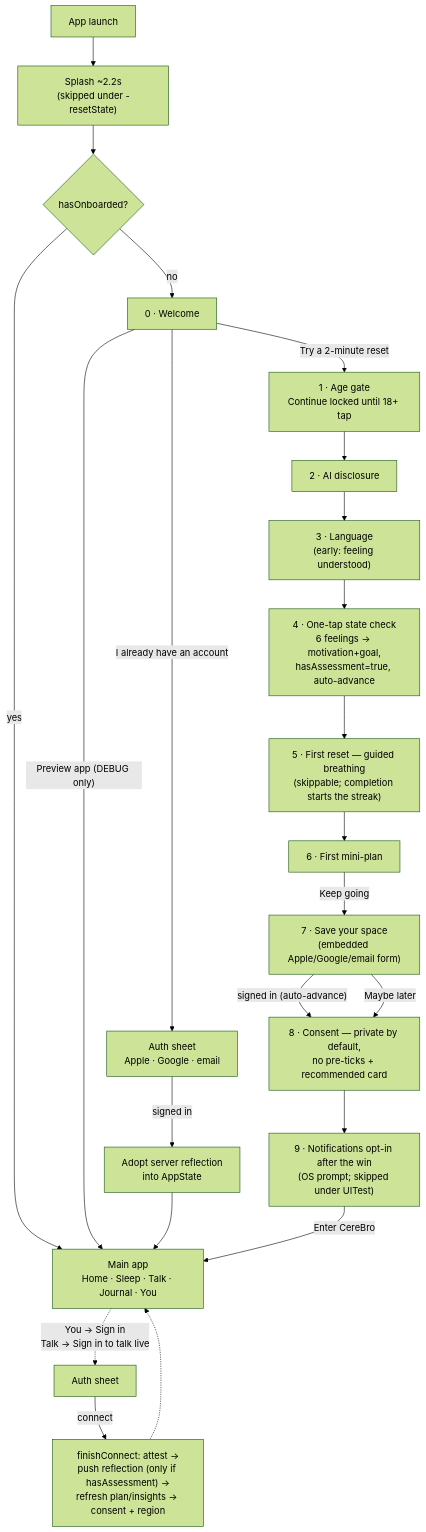
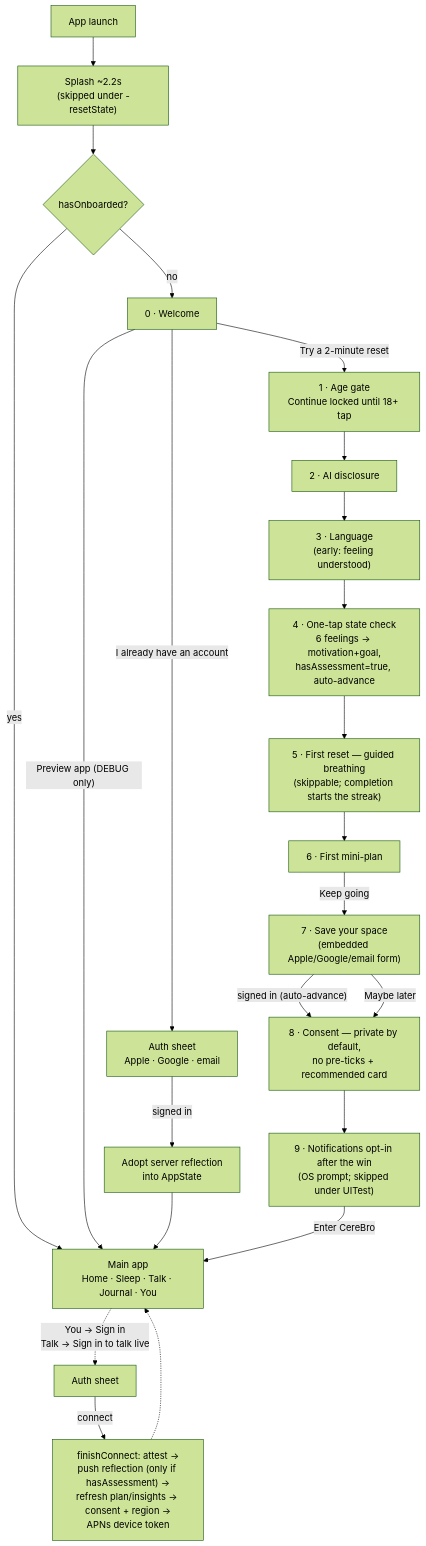
Before and after one commit to pawan084/cerebrozen: the diagram in docs/ARCHITECTURE.md, drawn with Mermaid (forest theme). The commit also changed other lines of this file and 23 other files, not shown here.

````diff
--- a/docs/ARCHITECTURE.md
+++ b/docs/ARCHITECTURE.md
@@ -178,27 +183,27 @@
 ```mermaid
 flowchart TD
     L["App launch"] --> S["Splash ~2.2s<br>(skipped under -resetState)"]
     S --> H{"hasOnboarded?"}
     H -- yes --> MAIN["Main app<br>Home · Sleep · Talk · Journal · You"]
     H -- no --> W["0 · Welcome"]
 
     W -- "Try a 2-minute reset" --> AG["1 · Age gate<br>Continue locked until 18+ tap"]
     W -- "I already have an account" --> AUTH1["Auth sheet<br>Apple · Google · email"]
     W -- "Preview app (DEBUG only)" --> MAIN
     AUTH1 -- "signed in" --> ADOPT["Adopt server reflection<br>into AppState"] --> MAIN
 
     AG --> DIS["2 · AI disclosure"]
     DIS --> LANG["3 · Language<br>(early: feeling understood)"]
     LANG --> STATE["4 · One-tap state check<br>6 feelings → motivation+goal,<br>hasAssessment=true, auto-advance"]
     STATE --> RESET["5 · First reset — guided breathing<br>(skippable; completion starts the streak)"]
     RESET --> PLAN["6 · First mini-plan"]
     PLAN -- "Keep going" --> SIGN["7 · Save your space<br>(embedded Apple/Google/email form)"]
     SIGN -- "signed in (auto-advance)" --> CONS
     SIGN -- "Maybe later" --> CONS["8 · Consent — private by default,<br>no pre-ticks + recommended card"]
     CONS --> NOTIF["9 · Notifications opt-in after the win<br>(OS prompt; skipped under UITest)"]
     NOTIF -- "Enter CereBro" --> MAIN
 
     MAIN -. "You → Sign in<br>Talk → Sign in to talk live" .-> AUTH3["Auth sheet"]
-    AUTH3 -- connect --> SYNC["finishConnect: attest →<br>push reflection (only if hasAssessment) →<br>refresh plan/insights → consent + region"]
+    AUTH3 -- connect --> SYNC["finishConnect: attest →<br>push reflection (only if hasAssessment) →<br>refresh plan/insights → consent + region →<br>APNs device token"]
     SYNC -.-> MAIN
 ```
````
